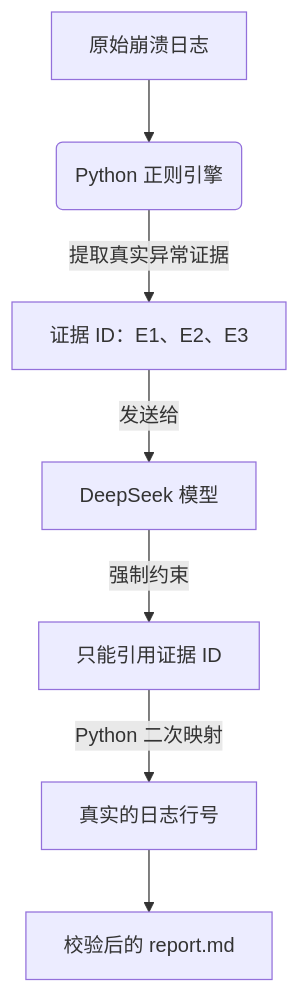
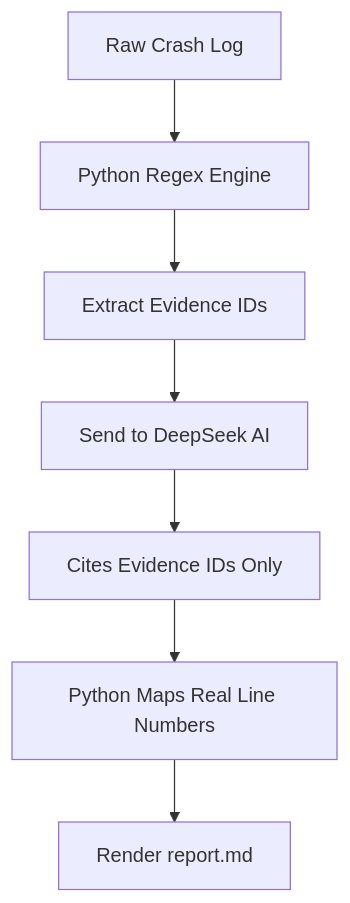
Before and after one commit to yuanvesper/veyra: the diagram in README_zh.md, drawn with Mermaid. The commit also changed other lines of this file and 1 other file, not shown here.

Commit message:
docs: major UX overhaul (language switch, reorder, mermaid fix, screenshot placeholder)

````diff
--- a/README_zh.md
+++ b/README_zh.md
@@ -142,9 +143,9 @@
 ```mermaid
 graph TD
-    A[原始崩溃日志] --> B(Python 正则引擎)
-    B -->|提取真实异常证据| C["证据 ID：E1、E2、E3"]
-    C -->|发送给| D[DeepSeek 模型]
-    D -->|强制约束| E[只能引用证据 ID]
-    E -->|Python 二次映射| F[真实的日志行号]
-    F --> G[校验后的 report.md]
+    A[Raw Crash Log] --> B[Python Regex Engine]
+    B --> C[Extract Evidence IDs]
+    C --> D[Send to DeepSeek AI]
+    D --> E[Cites Evidence IDs Only]
+    E --> F[Python Maps Real Line Numbers]
+    F --> G[Render report.md]
 ```
````
